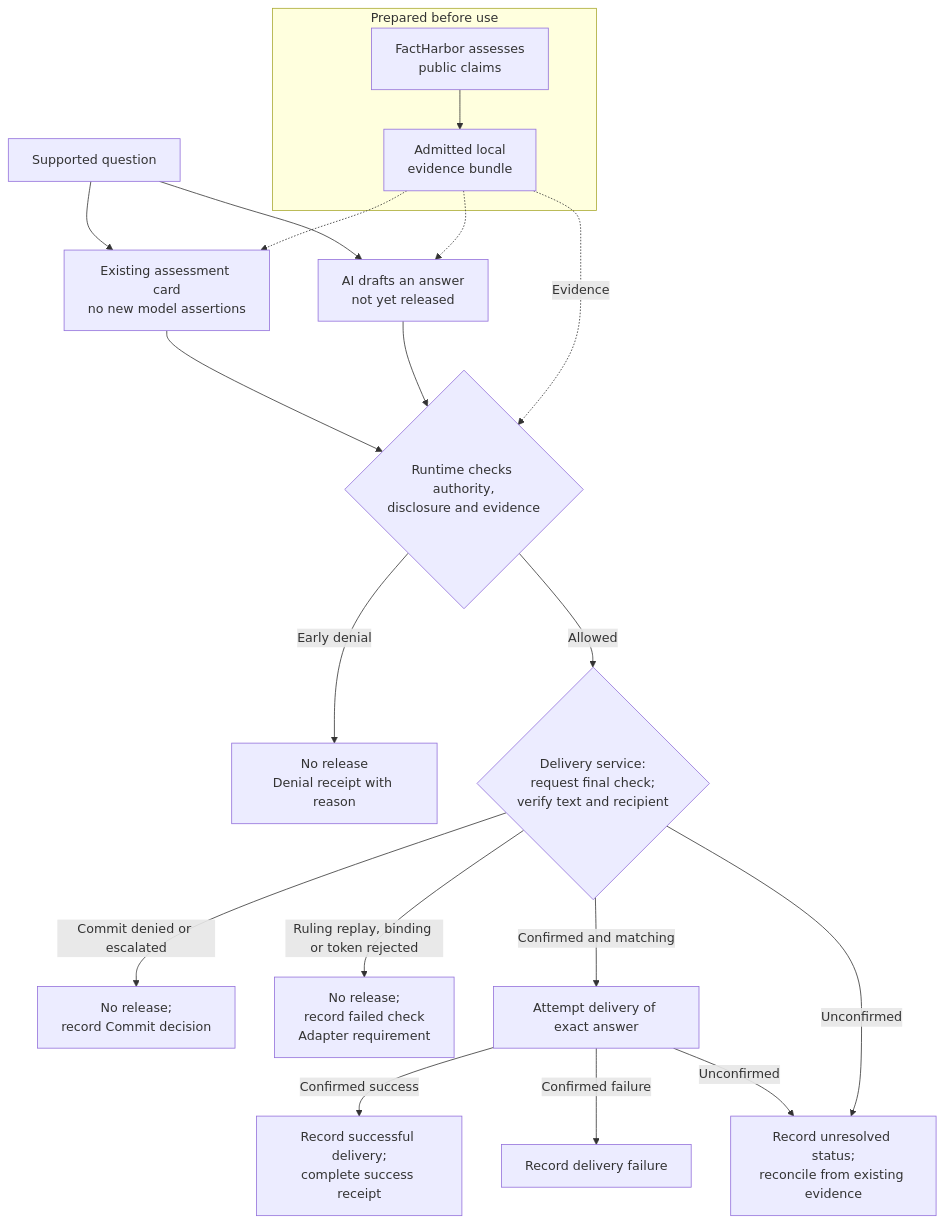
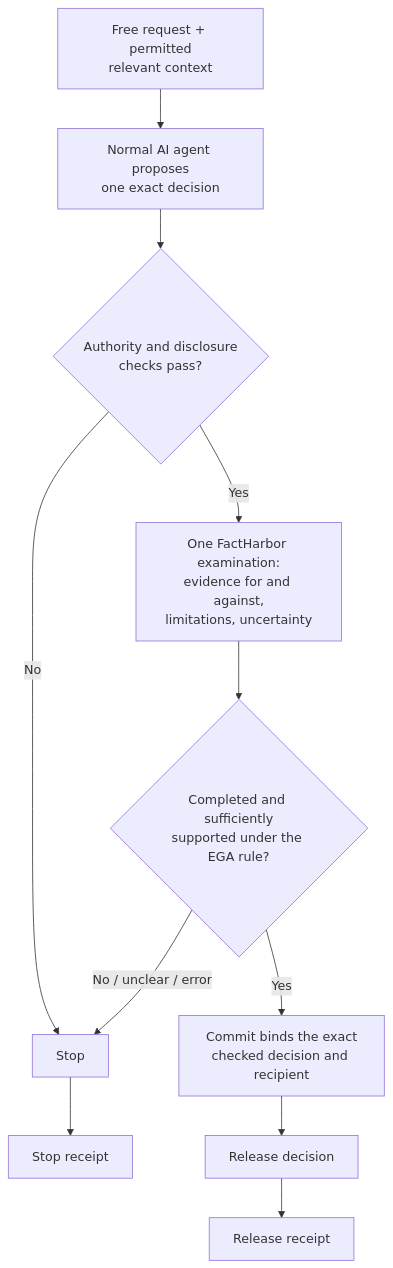
One commit to robertschaub/our-ai-charter changed the second of 2 diagrams in docs/Assurance/Concepts/evidence-gated-agents.md. Above: the diagram before and after it, drawn with Mermaid. The commit also changed other lines of this file and 9 other files, not shown here.

Commit message:
docs(ega): adopt dynamic decision verification prototype

````diff
--- a/docs/Assurance/Concepts/evidence-gated-agents.md
+++ b/docs/Assurance/Concepts/evidence-gated-agents.md
@@ -85,22 +84,13 @@
 ```mermaid
 flowchart TD
-    subgraph E["Prepared before use"]
-        F["FactHarbor assesses<br/>public claims"] --> B["Admitted local<br/>evidence bundle"]
-    end
-    U["Supported question"] --> K["Existing assessment card<br/>no new model assertions"]
-    U --> A["AI drafts an answer<br/>not yet released"]
-    B -.-> K
-    B -.-> A
-    K --> G{"Runtime checks authority,<br/>disclosure and evidence"}
-    A --> G
-    B -. Evidence .-> G
-    G -->|Early denial| N["No release<br/>Denial receipt with reason"]
-    G -->|Allowed| S{"Delivery service:<br/>request final check;<br/>verify text and recipient"}
-    S -->|Commit denied or escalated| C["No release;<br/>record Commit decision"]
-    S -->|Ruling replay, binding or token rejected| X["No release;<br/>record failed check<br/>Adapter requirement"]
-    S -->|Confirmed and matching| O["Attempt delivery of exact answer"]
-    O -->|Confirmed success| R["Record successful delivery;<br/>complete success receipt"]
-    O -->|Confirmed failure| RF["Record delivery failure"]
-    O -->|Unconfirmed| UO["Record unresolved status;<br/>reconcile from existing evidence"]
-    S -->|Unconfirmed| UO
+    U["Free request + permitted<br/>relevant context"] --> A["Normal AI agent proposes<br/>one exact decision"]
+    A --> G{"Authority and disclosure<br/>checks pass?"}
+    G -->|No| N["Stop"]
+    G -->|Yes| F["One FactHarbor examination:<br/>evidence for and against,<br/>limitations, uncertainty"]
+    F --> R{"Completed and sufficiently<br/>supported under the EGA rule?"}
+    R -->|No / unclear / error| N
+    R -->|Yes| C["Commit binds the exact<br/>checked decision and recipient"]
+    C --> O["Release decision"]
+    O --> RR["Release receipt"]
+    N --> NR["Stop receipt"]
 ```
````
